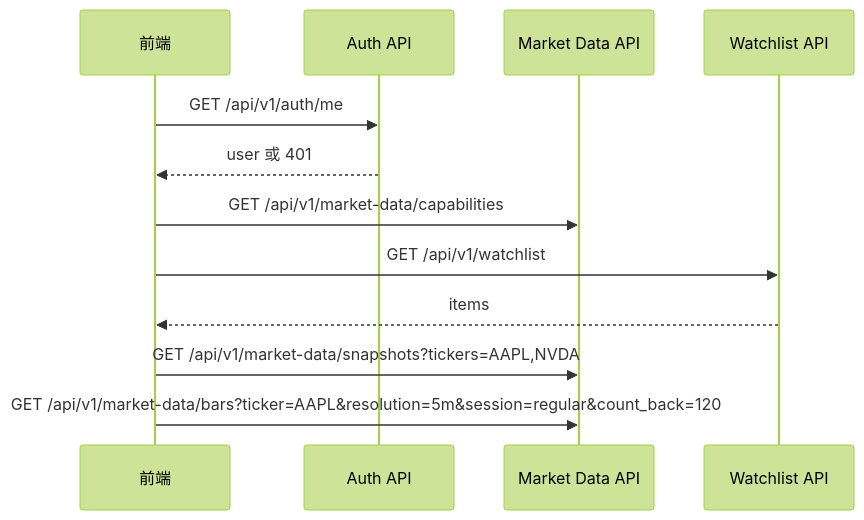
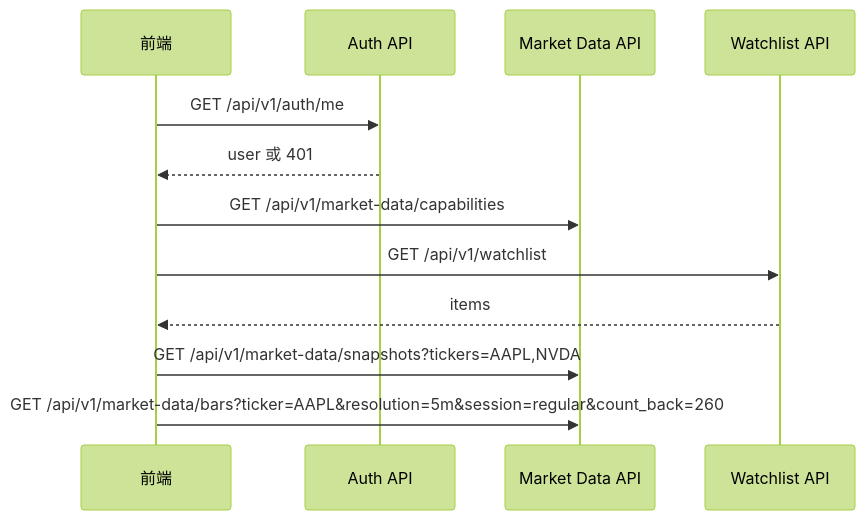
The third of 6 diagrams in docs/frontend-evolution/FE-0001-market-watch-terminal-design.md (MZBADcoder/mz-trader), drawn with Mermaid (forest theme) before and after one commit. The commit also changed other lines of this file and 9 other files, not shown here.

Commit message:
feat(frontend): complete FE-0001 P1 watchlist and chart enhancements

````diff
--- a/docs/frontend-evolution/FE-0001-market-watch-terminal-design.md
+++ b/docs/frontend-evolution/FE-0001-market-watch-terminal-design.md
@@ -229,15 +229,15 @@
 ```mermaid
 sequenceDiagram
   participant UI as 前端
   participant Auth as Auth API
   participant MD as Market Data API
   participant WL as Watchlist API
 
   UI->>Auth: GET /api/v1/auth/me
   Auth-->>UI: user 或 401
   UI->>MD: GET /api/v1/market-data/capabilities
   UI->>WL: GET /api/v1/watchlist
   WL-->>UI: items
   UI->>MD: GET /api/v1/market-data/snapshots?tickers=AAPL,NVDA
-  UI->>MD: GET /api/v1/market-data/bars?ticker=AAPL&resolution=5m&session=regular&count_back=120
+  UI->>MD: GET /api/v1/market-data/bars?ticker=AAPL&resolution=5m&session=regular&count_back=260
 ```
````
